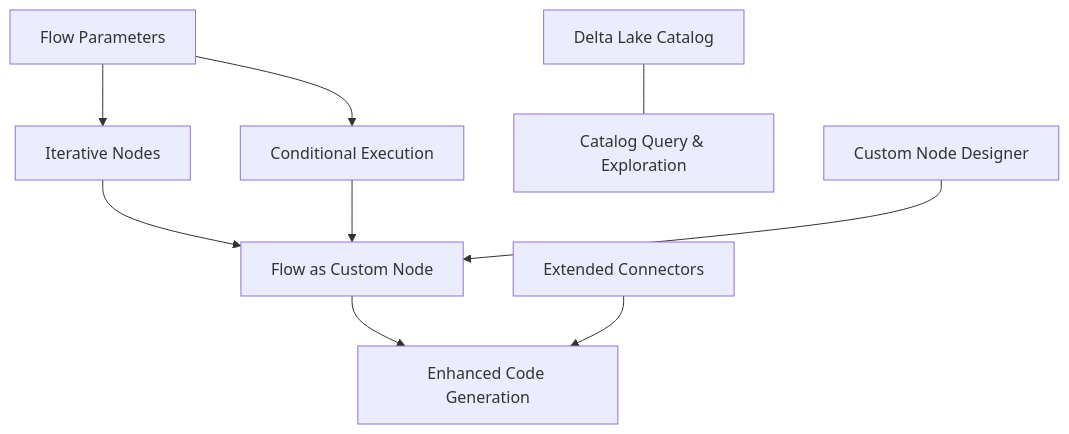
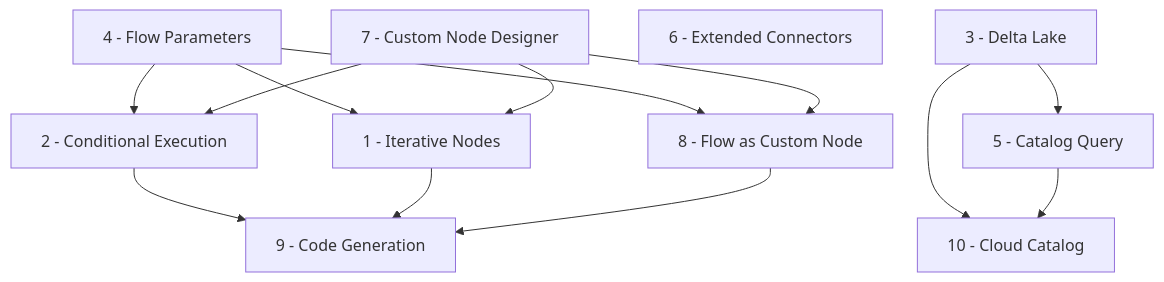
The diagram in docs/for-developers/roadmap/index.md (Edwardvaneechoud/Flowfile), drawn with Mermaid before and after one commit. The commit also changed other lines of this file and 1 other file, not shown here.

First line of the commit message:
Add implementation order and update roadmap with recently shipped features

````diff
--- a/docs/for-developers/roadmap/index.md
+++ b/docs/for-developers/roadmap/index.md
@@ -71,11 +143,16 @@
 ```mermaid
 graph TD
-    P[Flow Parameters] --> I[Iterative Nodes]
-    P --> C[Conditional Execution]
-    I --> F[Flow as Custom Node]
-    C --> F
-    D[Delta Lake Catalog] --- Q[Catalog Query & Exploration]
-    N[Custom Node Designer] --> F
-    F --> G[Enhanced Code Generation]
-    E[Extended Connectors] --> G
+    P[4 - Flow Parameters] --> C[2 - Conditional Execution]
+    P --> I[1 - Iterative Nodes]
+    D[3 - Delta Lake] --> Q[5 - Catalog Query]
+    E[6 - Extended Connectors]
+    N[7 - Custom Node Designer] --> C
+    N --> I
+    C --> G[9 - Code Generation]
+    I --> G
+    F[8 - Flow as Custom Node] --> G
+    P --> F
+    N --> F
+    D --> CC[10 - Cloud Catalog]
+    Q --> CC
 ```
````
